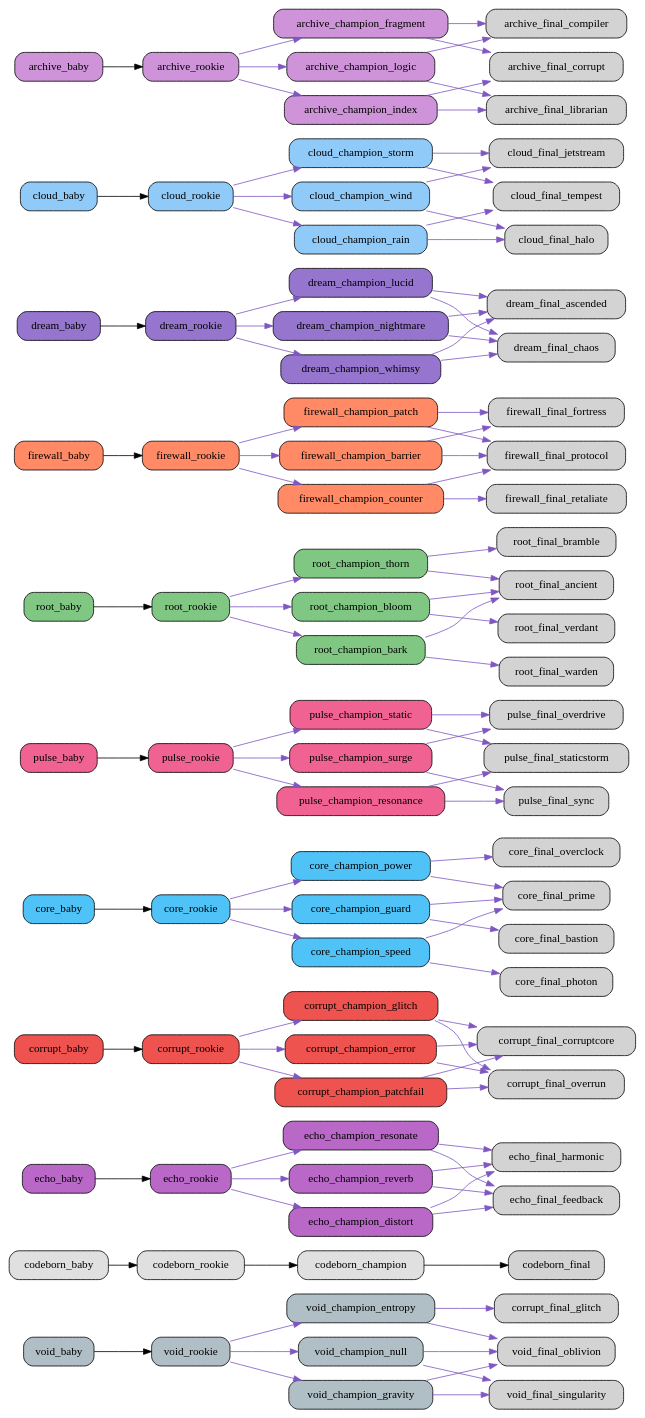
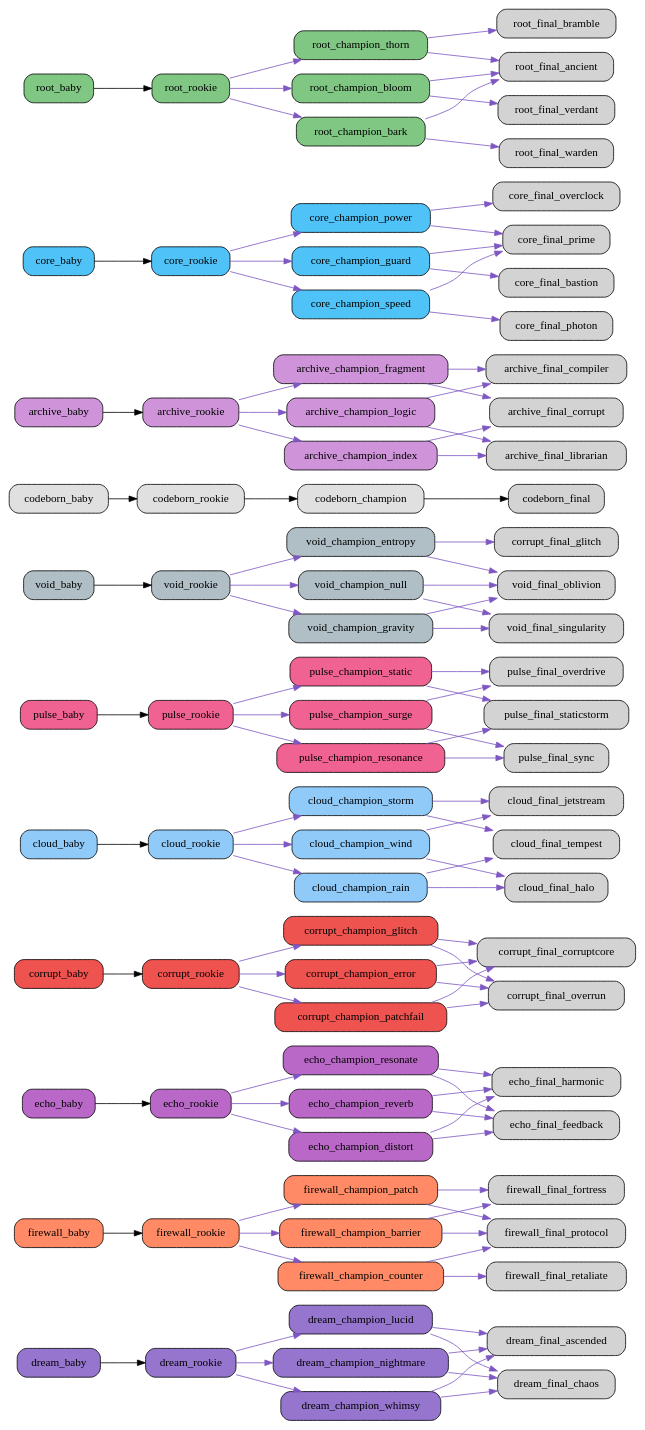
Before and after one commit to bwlight/NetGrid: the diagram in src/netgrid/systems/evolution/graphs/full/evolution_graph.dot, drawn with Graphviz. The commit also changed other lines of this file and 8 other files, not shown here.

Commit message:
Auto-update evolution graphs

```diff
--- a/src/netgrid/systems/evolution/graphs/full/evolution_graph.dot
+++ b/src/netgrid/systems/evolution/graphs/full/evolution_graph.dot
@@ -1,27 +1,36 @@
 digraph EvolutionTree {
   rankdir=LR;
   node [shape=box, style="rounded,filled"];
-  "void_baby" [fillcolor="#b0bec5"];
-  "void_baby" -> "void_rookie";
-  "void_rookie" [fillcolor="#b0bec5"];
-  "void_rookie" -> "void_champion_entropy" [color="#7e57c2"];
-  "void_rookie" -> "void_champion_gravity" [color="#7e57c2"];
-  "void_rookie" -> "void_champion_null" [color="#7e57c2"];
-  "void_champion_entropy" [fillcolor="#b0bec5"];
-  "void_champion_entropy" -> "corrupt_final_glitch" [color="#7e57c2"];
-  "void_champion_entropy" -> "void_final_oblivion" [color="#7e57c2"];
-  "void_champion_gravity" [fillcolor="#b0bec5"];
-  "void_champion_gravity" -> "void_final_singularity" [color="#7e57c2"];
-  "void_champion_gravity" -> "void_final_oblivion" [color="#7e57c2"];
-  "void_champion_null" [fillcolor="#b0bec5"];
-  "void_champion_null" -> "void_final_oblivion" [color="#7e57c2"];
-  "void_champion_null" -> "void_final_singularity" [color="#7e57c2"];
-  "codeborn_baby" [fillcolor="#e0e0e0"];
-  "codeborn_baby" -> "codeborn_rookie";
-  "codeborn_rookie" [fillcolor="#e0e0e0"];
-  "codeborn_rookie" -> "codeborn_champion";
-  "codeborn_champion" [fillcolor="#e0e0e0"];
-  "codeborn_champion" -> "codeborn_final";
+  "dream_baby" [fillcolor="#9575cd"];
+  "dream_baby" -> "dream_rookie";
+  "dream_rookie" [fillcolor="#9575cd"];
+  "dream_rookie" -> "dream_champion_lucid" [color="#7e57c2"];
+  "dream_rookie" -> "dream_champion_nightmare" [color="#7e57c2"];
+  "dream_rookie" -> "dream_champion_whimsy" [color="#7e57c2"];
+  "dream_champion_lucid" [fillcolor="#9575cd"];
+  "dream_champion_lucid" -> "dream_final_ascended" [color="#7e57c2"];
+  "dream_champion_lucid" -> "dream_final_chaos" [color="#7e57c2"];
+  "dream_champion_nightmare" [fillcolor="#9575cd"];
+  "dream_champion_nightmare" -> "dream_final_chaos" [color="#7e57c2"];
+  "dream_champion_nightmare" -> "dream_final_ascended" [color="#7e57c2"];
+  "dream_champion_whimsy" [fillcolor="#9575cd"];
+  "dream_champion_whimsy" -> "dream_final_ascended" [color="#7e57c2"];
+  "dream_champion_whimsy" -> "dream_final_chaos" [color="#7e57c2"];
+  "firewall_baby" [fillcolor="#ff8a65"];
+  "firewall_baby" -> "firewall_rookie";
+  "firewall_rookie" [fillcolor="#ff8a65"];
+  "firewall_rookie" -> "firewall_champion_barrier" [color="#7e57c2"];
+  "firewall_rookie" -> "firewall_champion_counter" [color="#7e57c2"];
+  "firewall_rookie" -> "firewall_champion_patch" [color="#7e57c2"];
+  "firewall_champion_barrier" [fillcolor="#ff8a65"];
+  "firewall_champion_barrier" -> "firewall_final_fortress" [color="#7e57c2"];
+  "firewall_champion_barrier" -> "firewall_final_protocol" [color="#7e57c2"];
+  "firewall_champion_counter" [fillcolor="#ff8a65"];
+  "firewall_champion_counter" -> "firewall_final_retaliate" [color="#7e57c2"];
+  "firewall_champion_counter" -> "firewall_final_protocol" [color="#7e57c2"];
+  "firewall_champion_patch" [fillcolor="#ff8a65"];
+  "firewall_champion_patch" -> "firewall_final_protocol" [color="#7e57c2"];
+  "firewall_champion_patch" -> "firewall_final_fortress" [color="#7e57c2"];
   "echo_baby" [fillcolor="#ba68c8"];
   "echo_baby" -> "echo_rookie";
   "echo_rookie" [fillcolor="#ba68c8"];
@@ -52,6 +61,72 @@
   "corrupt_champion_patchfail" [fillcolor="#ef5350"];
   "corrupt_champion_patchfail" -> "corrupt_final_corruptcore" [color="#7e57c2"];
   "corrupt_champion_patchfail" -> "corrupt_final_overrun" [color="#7e57c2"];
+  "cloud_baby" [fillcolor="#90caf9"];
+  "cloud_baby" -> "cloud_rookie";
+  "cloud_rookie" [fillcolor="#90caf9"];
+  "cloud_rookie" -> "cloud_champion_wind" [color="#7e57c2"];
+  "cloud_rookie" -> "cloud_champion_rain" [color="#7e57c2"];
+  "cloud_rookie" -> "cloud_champion_storm" [color="#7e57c2"];
+  "cloud_champion_wind" [fillcolor="#90caf9"];
+  "cloud_champion_wind" -> "cloud_final_jetstream" [color="#7e57c2"];
+  "cloud_champion_wind" -> "cloud_final_halo" [color="#7e57c2"];
+  "cloud_champion_rain" [fillcolor="#90caf9"];
+  "cloud_champion_rain" -> "cloud_final_halo" [color="#7e57c2"];
+  "cloud_champion_rain" -> "cloud_final_tempest" [color="#7e57c2"];
+  "cloud_champion_storm" [fillcolor="#90caf9"];
+  "cloud_champion_storm" -> "cloud_final_tempest" [color="#7e57c2"];
+  "cloud_champion_storm" -> "cloud_final_jetstream" [color="#7e57c2"];
+  "pulse_baby" [fillcolor="#f06292"];
+  "pulse_baby" -> "pulse_rookie";
+  "pulse_rookie" [fillcolor="#f06292"];
+  "pulse_rookie" -> "pulse_champion_surge" [color="#7e57c2"];
+  "pulse_rookie" -> "pulse_champion_resonance" [color="#7e57c2"];
+  "pulse_rookie" -> "pulse_champion_static" [color="#7e57c2"];
+  "pulse_champion_surge" [fillcolor="#f06292"];
+  "pulse_champion_surge" -> "pulse_final_overdrive" [color="#7e57c2"];
+  "pulse_champion_surge" -> "pulse_final_sync" [color="#7e57c2"];
+  "pulse_champion_resonance" [fillcolor="#f06292"];
+  "pulse_champion_resonance" -> "pulse_final_sync" [color="#7e57c2"];
+  "pulse_champion_resonance" -> "pulse_final_staticstorm" [color="#7e57c2"];
+  "pulse_champion_static" [fillcolor="#f06292"];
+  "pulse_champion_static" -> "pulse_final_staticstorm" [color="#7e57c2"];
+  "pulse_champion_static" -> "pulse_final_overdrive" [color="#7e57c2"];
+  "void_baby" [fillcolor="#b0bec5"];
+  "void_baby" -> "void_rookie";
+  "void_rookie" [fillcolor="#b0bec5"];
+  "void_rookie" -> "void_champion_entropy" [color="#7e57c2"];
+  "void_rookie" -> "void_champion_gravity" [color="#7e57c2"];
+  "void_rookie" -> "void_champion_null" [color="#7e57c2"];
+  "void_champion_entropy" [fillcolor="#b0bec5"];
+  "void_champion_entropy" -> "corrupt_final_glitch" [color="#7e57c2"];
+  "void_champion_entropy" -> "void_final_oblivion" [color="#7e57c2"];
+  "void_champion_gravity" [fillcolor="#b0bec5"];
+  "void_champion_gravity" -> "void_final_singularity" [color="#7e57c2"];
+  "void_champion_gravity" -> "void_final_oblivion" [color="#7e57c2"];
+  "void_champion_null" [fillcolor="#b0bec5"];
+  "void_champion_null" -> "void_final_oblivion" [color="#7e57c2"];
+  "void_champion_null" -> "void_final_singularity" [color="#7e57c2"];
+  "codeborn_baby" [fillcolor="#e0e0e0"];
+  "codeborn_baby" -> "codeborn_rookie";
+  "codeborn_rookie" [fillcolor="#e0e0e0"];
+  "codeborn_rookie" -> "codeborn_champion";
+  "codeborn_champion" [fillcolor="#e0e0e0"];
+  "codeborn_champion" -> "codeborn_final";
+  "archive_baby" [fillcolor="#ce93d8"];
+  "archive_baby" -> "archive_rookie";
+  "archive_rookie" [fillcolor="#ce93d8"];
+  "archive_rookie" -> "archive_champion_logic" [color="#7e57c2"];
+  "archive_rookie" -> "archive_champion_index" [color="#7e57c2"];
+  "archive_rookie" -> "archive_champion_fragment" [color="#7e57c2"];
+  "archive_champion_logic" [fillcolor="#ce93d8"];
+  "archive_champion_logic" -> "archive_final_compiler" [color="#7e57c2"];
+  "archive_champion_logic" -> "archive_final_librarian" [color="#7e57c2"];
+  "archive_champion_index" [fillcolor="#ce93d8"];
+  "archive_champion_index" -> "archive_final_librarian" [color="#7e57c2"];
+  "archive_champion_index" -> "archive_final_corrupt" [color="#7e57c2"];
+  "archive_champion_fragment" [fillcolor="#ce93d8"];
+  "archive_champion_fragment" -> "archive_final_corrupt" [color="#7e57c2"];
+  "archive_champion_fragment" -> "archive_final_compiler" [color="#7e57c2"];
   "core_baby" [fillcolor="#4fc3f7"];
   "core_baby" -> "core_rookie";
   "core_rookie" [fillcolor="#4fc3f7"];
@@ -67,21 +142,6 @@
   "core_champion_speed" [fillcolor="#4fc3f7"];
   "core_champion_speed" -> "core_final_photon" [color="#7e57c2"];
   "core_champion_speed" -> "core_final_prime" [color="#7e57c2"];
-  "pulse_baby" [fillcolor="#f06292"];
-  "pulse_baby" -> "pulse_rookie";
-  "pulse_rookie" [fillcolor="#f06292"];
-  "pulse_rookie" -> "pulse_champion_surge" [color="#7e57c2"];
-  "pulse_rookie" -> "pulse_champion_resonance" [color="#7e57c2"];
-  "pulse_rookie" -> "pulse_champion_static" [color="#7e57c2"];
-  "pulse_champion_surge" [fillcolor="#f06292"];
-  "pulse_champion_surge" -> "pulse_final_overdrive" [color="#7e57c2"];
-  "pulse_champion_surge" -> "pulse_final_sync" [color="#7e57c2"];
-  "pulse_champion_resonance" [fillcolor="#f06292"];
-  "pulse_champion_resonance" -> "pulse_final_sync" [color="#7e57c2"];
-  "pulse_champion_resonance" -> "pulse_final_staticstorm" [color="#7e57c2"];
-  "pulse_champion_static" [fillcolor="#f06292"];
-  "pulse_champion_static" -> "pulse_final_staticstorm" [color="#7e57c2"];
-  "pulse_champion_static" -> "pulse_final_overdrive" [color="#7e57c2"];
   "root_baby" [fillcolor="#81c784"];
   "root_baby" -> "root_rookie";
   "root_rookie" [fillcolor="#81c784"];
@@ -97,64 +157,4 @@
   "root_champion_bark" [fillcolor="#81c784"];
   "root_champion_bark" -> "root_final_warden" [color="#7e57c2"];
   "root_champion_bark" -> "root_final_ancient" [color="#7e57c2"];
-  "firewall_baby" [fillcolor="#ff8a65"];
-  "firewall_baby" -> "firewall_rookie";
-  "firewall_rookie" [fillcolor="#ff8a65"];
-  "firewall_rookie" -> "firewall_champion_barrier" [color="#7e57c2"];
-  "firewall_rookie" -> "firewall_champion_counter" [color="#7e57c2"];
-  "firewall_rookie" -> "firewall_champion_patch" [color="#7e57c2"];
-  "firewall_champion_barrier" [fillcolor="#ff8a65"];
-  "firewall_champion_barrier" -> "firewall_final_fortress" [color="#7e57c2"];
-  "firewall_champion_barrier" -> "firewall_final_protocol" [color="#7e57c2"];
-  "firewall_champion_counter" [fillcolor="#ff8a65"];
-  "firewall_champion_counter" -> "firewall_final_retaliate" [color="#7e57c2"];
-  "firewall_champion_counter" -> "firewall_final_protocol" [color="#7e57c2"];
-  "firewall_champion_patch" [fillcolor="#ff8a65"];
-  "firewall_champion_patch" -> "firewall_final_protocol" [color="#7e57c2"];
-  "firewall_champion_patch" -> "firewall_final_fortress" [color="#7e57c2"];
-  "dream_baby" [fillcolor="#9575cd"];
-  "dream_baby" -> "dream_rookie";
-  "dream_rookie" [fillcolor="#9575cd"];
-  "dream_rookie" -> "dream_champion_lucid" [color="#7e57c2"];
-  "dream_rookie" -> "dream_champion_nightmare" [color="#7e57c2"];
-  "dream_rookie" -> "dream_champion_whimsy" [color="#7e57c2"];
-  "dream_champion_lucid" [fillcolor="#9575cd"];
-  "dream_champion_lucid" -> "dream_final_ascended" [color="#7e57c2"];
-  "dream_champion_lucid" -> "dream_final_chaos" [color="#7e57c2"];
-  "dream_champion_nightmare" [fillcolor="#9575cd"];
-  "dream_champion_nightmare" -> "dream_final_chaos" [color="#7e57c2"];
-  "dream_champion_nightmare" -> "dream_final_ascended" [color="#7e57c2"];
-  "dream_champion_whimsy" [fillcolor="#9575cd"];
-  "dream_champion_whimsy" -> "dream_final_ascended" [color="#7e57c2"];
-  "dream_champion_whimsy" -> "dream_final_chaos" [color="#7e57c2"];
-  "cloud_baby" [fillcolor="#90caf9"];
-  "cloud_baby" -> "cloud_rookie";
-  "cloud_rookie" [fillcolor="#90caf9"];
-  "cloud_rookie" -> "cloud_champion_wind" [color="#7e57c2"];
-  "cloud_rookie" -> "cloud_champion_rain" [color="#7e57c2"];
-  "cloud_rookie" -> "cloud_champion_storm" [color="#7e57c2"];
-  "cloud_champion_wind" [fillcolor="#90caf9"];
-  "cloud_champion_wind" -> "cloud_final_jetstream" [color="#7e57c2"];
-  "cloud_champion_wind" -> "cloud_final_halo" [color="#7e57c2"];
-  "cloud_champion_rain" [fillcolor="#90caf9"];
-  "cloud_champion_rain" -> "cloud_final_halo" [color="#7e57c2"];
-  "cloud_champion_rain" -> "cloud_final_tempest" [color="#7e57c2"];
-  "cloud_champion_storm" [fillcolor="#90caf9"];
-  "cloud_champion_storm" -> "cloud_final_tempest" [color="#7e57c2"];
-  "cloud_champion_storm" -> "cloud_final_jetstream" [color="#7e57c2"];
-  "archive_baby" [fillcolor="#ce93d8"];
-  "archive_baby" -> "archive_rookie";
-  "archive_rookie" [fillcolor="#ce93d8"];
-  "archive_rookie" -> "archive_champion_logic" [color="#7e57c2"];
-  "archive_rookie" -> "archive_champion_index" [color="#7e57c2"];
-  "archive_rookie" -> "archive_champion_fragment" [color="#7e57c2"];
-  "archive_champion_logic" [fillcolor="#ce93d8"];
-  "archive_champion_logic" -> "archive_final_compiler" [color="#7e57c2"];
-  "archive_champion_logic" -> "archive_final_librarian" [color="#7e57c2"];
-  "archive_champion_index" [fillcolor="#ce93d8"];
-  "archive_champion_index" -> "archive_final_librarian" [color="#7e57c2"];
-  "archive_champion_index" -> "archive_final_corrupt" [color="#7e57c2"];
-  "archive_champion_fragment" [fillcolor="#ce93d8"];
-  "archive_champion_fragment" -> "archive_final_corrupt" [color="#7e57c2"];
-  "archive_champion_fragment" -> "archive_final_compiler" [color="#7e57c2"];
 }
```
